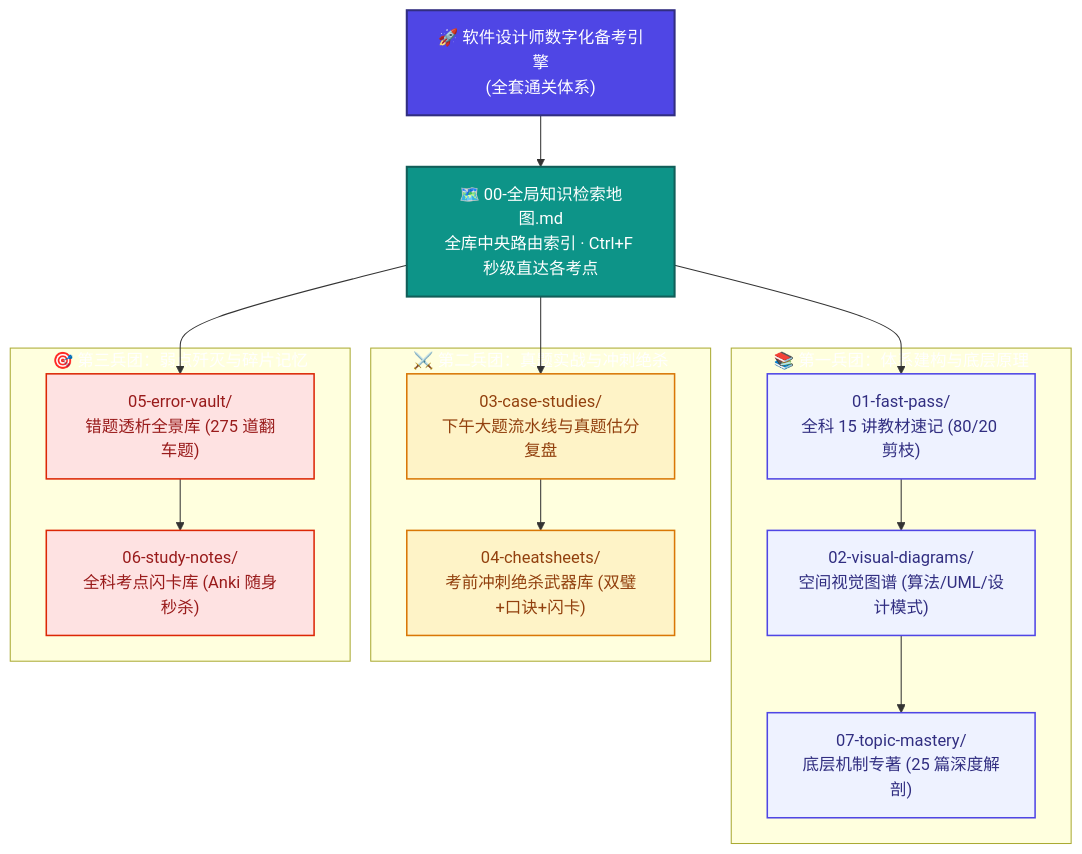
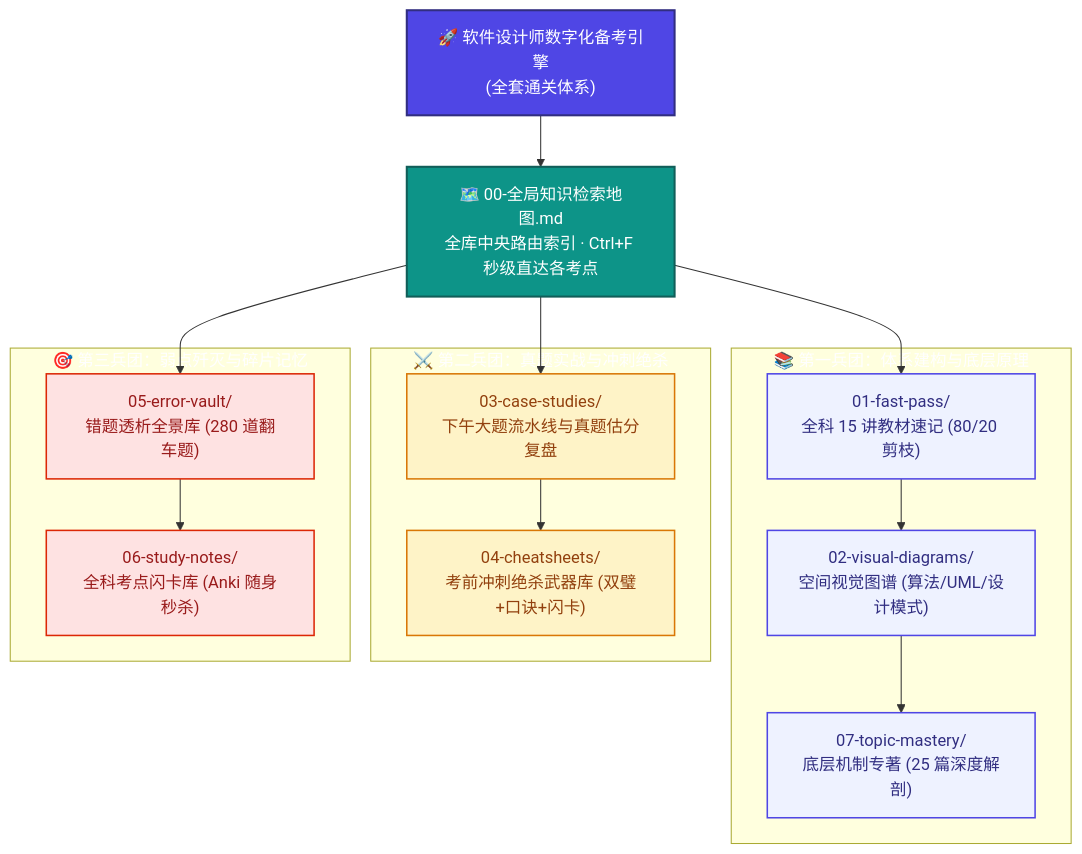
The diagram in README.md (cpsa3/software-designer-fast-pass), drawn with Mermaid before and after one commit. The commit also changed other lines of this file and 2 other files, not shown here.

Commit message:
docs(error-vault): 归档错题276~280(DRAM与SRAM四进宫终极病灶/分页逻辑地址映射/防火墙功能边界/候选码与2NF判定/UML类图对象快照边界)

````diff
--- a/README.md
+++ b/README.md
@@ -70,36 +70,36 @@
 ```mermaid
 flowchart TD
     classDef root fill:#4F46E5,stroke:#312E81,stroke-width:2px,color:#fff
     classDef hub fill:#0D9488,stroke:#115E59,stroke-width:2px,color:#fff
     classDef base fill:#EEF2FF,stroke:#4F46E5,stroke-width:1.5px,color:#312E81
     classDef exam fill:#FEF3C7,stroke:#D97706,stroke-width:1.5px,color:#92400E
     classDef vault fill:#FEE2E2,stroke:#DC2706,stroke-width:1.5px,color:#991B1B
 
     Root["🚀 软件设计师数字化备考引擎<br>(全套通关体系)"]:::root
     Map["🗺️ 00-全局知识检索地图.md<br>全库中央路由索引 · Ctrl+F 秒级直达各考点"]:::hub
 
     Root --> Map
 
     subgraph G1["📚 第一兵团：体系建构与底层原理"]
         M1["01-fast-pass/<br>全科 15 讲教材速记 (80/20 剪枝)"]:::base
         M2["02-visual-diagrams/<br>空间视觉图谱 (算法/UML/设计模式)"]:::base
         M7["07-topic-mastery/<br>底层机制专著 (25 篇深度解剖)"]:::base
         M1 --> M2 --> M7
     end
 
     subgraph G2["⚔️ 第二兵团：真题实战与冲刺绝杀"]
         M3["03-case-studies/<br>下午大题流水线与真题估分复盘"]:::exam
         M4["04-cheatsheets/<br>考前冲刺绝杀武器库 (双璧+口诀+闪卡)"]:::exam
         M3 --> M4
     end
 
     subgraph G3["🎯 第三兵团：弱点歼灭与碎片记忆"]
-        M5["05-error-vault/<br>错题透析全景库 (275 道翻车题)"]:::vault
+        M5["05-error-vault/<br>错题透析全景库 (280 道翻车题)"]:::vault
         M6["06-study-notes/<br>全科考点闪卡库 (Anki 随身秒杀)"]:::vault
         M5 --> M6
     end
 
     Map --> M1
     Map --> M3
     Map --> M5
 ```
````
